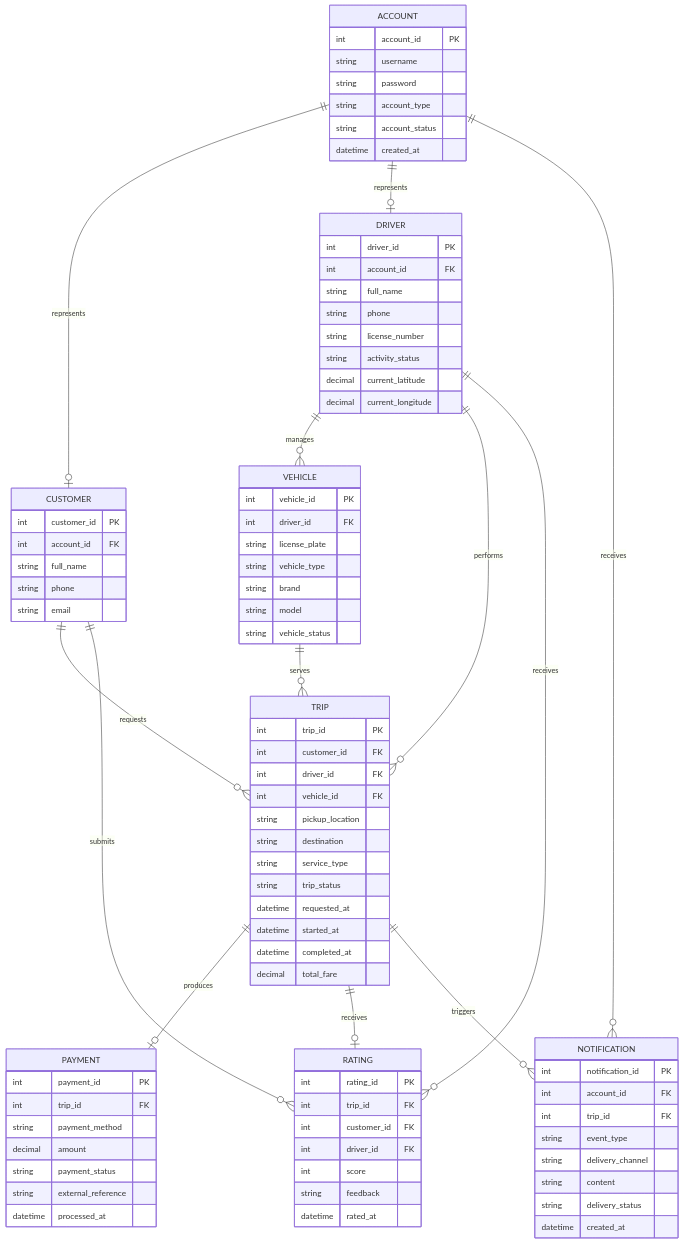
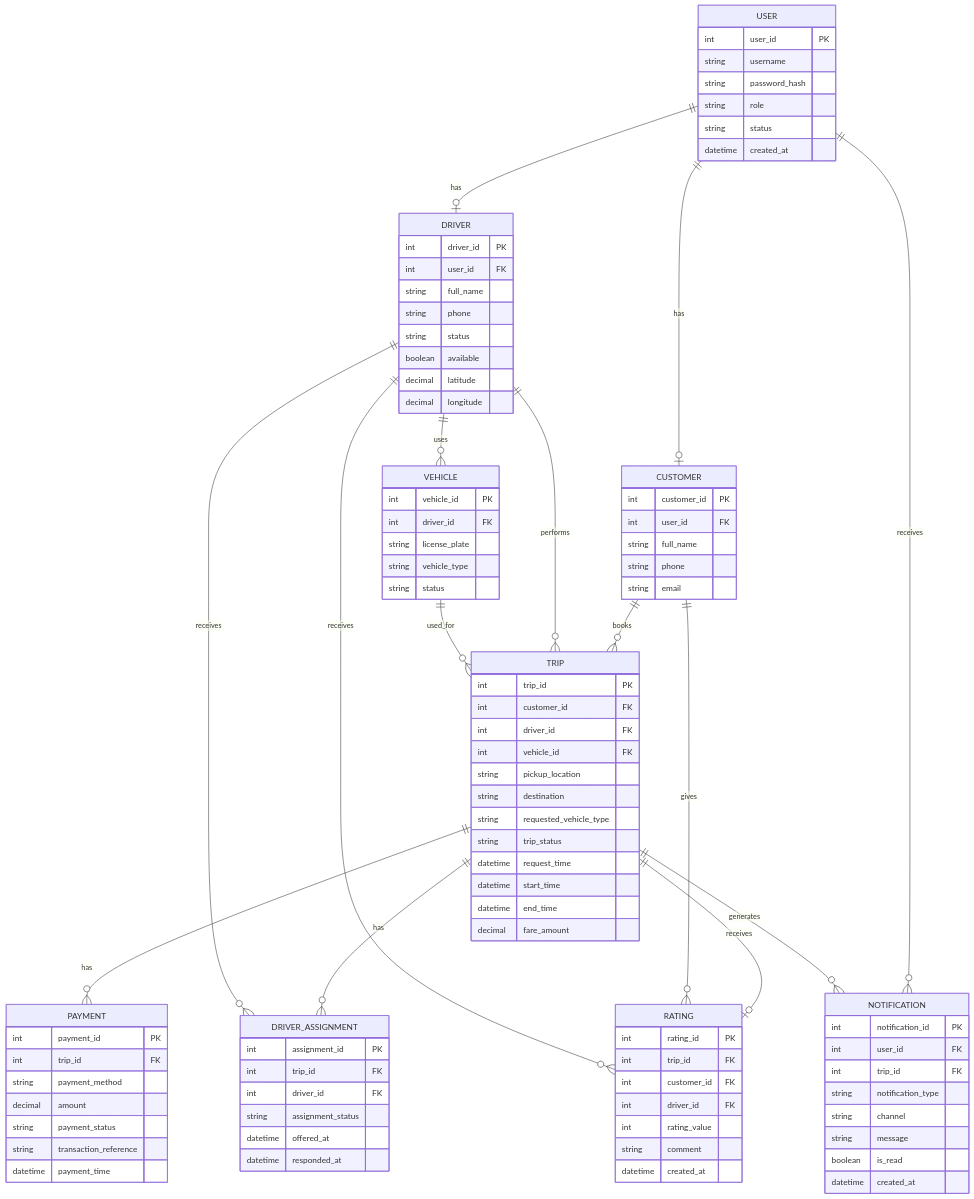
Diagram 11 of 12 in srs.md (LeAnh05/23698501_LeThiNgocAnh_CABSYSTEM), drawn with Mermaid before and after one commit. The commit also changed other lines of this file, not shown here.

````diff
--- a/srs.md
+++ b/srs.md
@@ -357,18 +460,18 @@
 ```mermaid
 erDiagram
 
-    ACCOUNT {
-        int account_id PK
+    USER {
+        int user_id PK
         string username
-        string password
-        string account_type
-        string account_status
+        string password_hash
+        string role
+        string status
         datetime created_at
     }
 
     CUSTOMER {
         int customer_id PK
-        int account_id FK
+        int user_id FK
         string full_name
         string phone
         string email
@@ -376,13 +479,13 @@
 
     DRIVER {
         int driver_id PK
-        int account_id FK
+        int user_id FK
         string full_name
         string phone
-        string license_number
-        string activity_status
-        decimal current_latitude
-        decimal current_longitude
+        string status
+        boolean available
+        decimal latitude
+        decimal longitude
     }
 
     VEHICLE {
@@ -390,9 +493,7 @@
         int driver_id FK
         string license_plate
         string vehicle_type
-        string brand
-        string model
-        string vehicle_status
+        string status
     }
 
     TRIP {
@@ -402,12 +503,21 @@
         int vehicle_id FK
         string pickup_location
         string destination
-        string service_type
+        string requested_vehicle_type
         string trip_status
-        datetime requested_at
-        datetime started_at
-        datetime completed_at
-        decimal total_fare
+        datetime request_time
+        datetime start_time
+        datetime end_time
+        decimal fare_amount
+    }
+
+    DRIVER_ASSIGNMENT {
+        int assignment_id PK
+        int trip_id FK
+        int driver_id FK
+        string assignment_status
+        datetime offered_at
+        datetime responded_at
     }
 
     PAYMENT {
@@ -416,8 +526,8 @@
         string payment_method
         decimal amount
         string payment_status
-        string external_reference
-        datetime processed_at
+        string transaction_reference
+        datetime payment_time
     }
 
     RATING {
@@ -425,37 +535,40 @@
         int trip_id FK
         int customer_id FK
         int driver_id FK
-        int score
-        string feedback
-        datetime rated_at
+        int rating_value
+        string comment
+        datetime created_at
     }
 
     NOTIFICATION {
         int notification_id PK
-        int account_id FK
+        int user_id FK
         int trip_id FK
-        string event_type
-        string delivery_channel
-        string content
-        string delivery_status
+        string notification_type
+        string channel
+        string message
+        boolean is_read
         datetime created_at
     }
 
-    ACCOUNT ||--o| CUSTOMER : represents
-    ACCOUNT ||--o| DRIVER : represents
+    USER ||--o| CUSTOMER : "has"
+    USER ||--o| DRIVER : "has"
 
-    DRIVER ||--o{ VEHICLE : manages
+    DRIVER ||--o{ VEHICLE : "uses"
 
-    CUSTOMER ||--o{ TRIP : requests
-    DRIVER ||--o{ TRIP : performs
-    VEHICLE ||--o{ TRIP : serves
+    CUSTOMER ||--o{ TRIP : "books"
+    DRIVER ||--o{ TRIP : "performs"
+    VEHICLE ||--o{ TRIP : "used_for"
 
-    TRIP ||--o| PAYMENT : produces
-    TRIP ||--o| RATING : receives
-    TRIP ||--o{ NOTIFICATION : triggers
+    TRIP ||--o{ DRIVER_ASSIGNMENT : "has"
+    DRIVER ||--o{ DRIVER_ASSIGNMENT : "receives"
 
-    CUSTOMER ||--o{ RATING : submits
-    DRIVER ||--o{ RATING : receives
+    TRIP ||--o{ PAYMENT : "has"
 
-    ACCOUNT ||--o{ NOTIFICATION : receives
+    TRIP ||--o| RATING : "receives"
+    CUSTOMER ||--o{ RATING : "gives"
+    DRIVER ||--o{ RATING : "receives"
+
+    USER ||--o{ NOTIFICATION : "receives"
+    TRIP ||--o{ NOTIFICATION : "generates"
 ```
````
